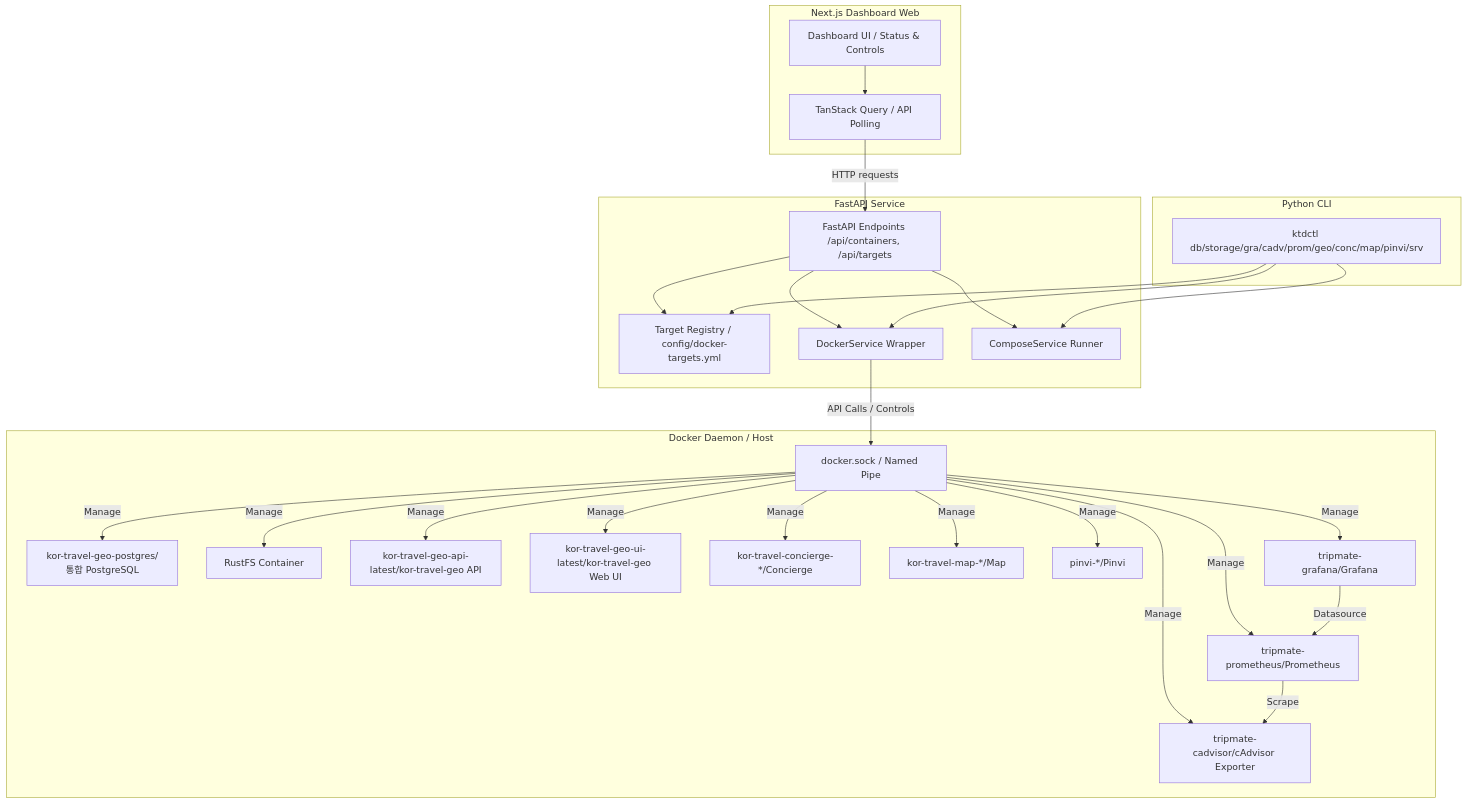
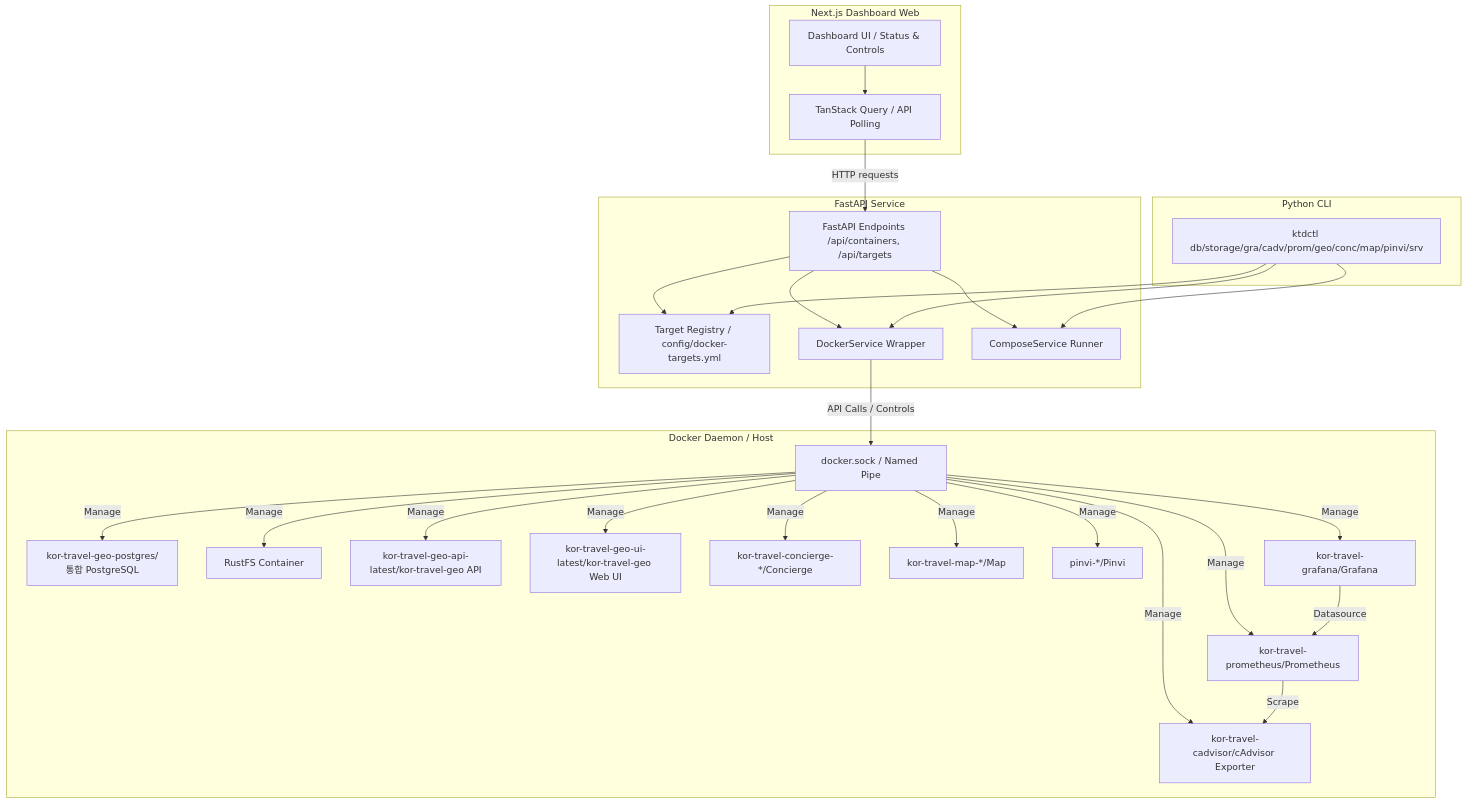
Before and after one commit to digitie/kor-travel-docker-manager: the diagram in docs/architecture.md, drawn with Mermaid. The commit also changed other lines of this file and 23 other files, not shown here.

````diff
--- a/docs/architecture.md
+++ b/docs/architecture.md
@@ -11,55 +11,55 @@
 ```mermaid
 graph TD
     subgraph Frontend [Next.js Dashboard Web]
         UI[Dashboard UI / Status & Controls]
         TQ[TanStack Query / API Polling]
         UI --> TQ
     end
 
     subgraph Backend [FastAPI Service]
         API[FastAPI Endpoints /api/containers, /api/targets]
         REG[Target Registry / config/docker-targets.yml]
         DS[DockerService Wrapper]
         CS[ComposeService Runner]
         API --> REG
         API --> DS
         API --> CS
     end
 
     subgraph CLI [Python CLI]
         CLI_CMD[ktdctl db/storage/gra/cadv/prom/geo/conc/map/pinvi/srv]
         CLI_CMD --> REG
         CLI_CMD --> DS
         CLI_CMD --> CS
     end
 
     subgraph Infrastructure [Docker Daemon / Host]
         D_Sock[docker.sock / Named Pipe]
         C_PG[kor-travel-geo-postgres/통합 PostgreSQL]
         C_RFS[RustFS Container]
         C_GEO_API[kor-travel-geo-api-latest/kor-travel-geo API]
         C_GEO_UI[kor-travel-geo-ui-latest/kor-travel-geo Web UI]
         C_CONC[kor-travel-concierge-*/Concierge]
         C_MAP[kor-travel-map-*/Map]
         C_PINVI[pinvi-*/Pinvi]
-        C_PROM[tripmate-prometheus/Prometheus]
-        C_GRAF[tripmate-grafana/Grafana]
-        C_EXP[tripmate-cadvisor/cAdvisor Exporter]
+        C_PROM[kor-travel-prometheus/Prometheus]
+        C_GRAF[kor-travel-grafana/Grafana]
+        C_EXP[kor-travel-cadvisor/cAdvisor Exporter]
         
         DS -->|API Calls / Controls| D_Sock
         D_Sock -->|Manage| C_PG
         D_Sock -->|Manage| C_RFS
         D_Sock -->|Manage| C_GEO_API
         D_Sock -->|Manage| C_GEO_UI
         D_Sock -->|Manage| C_CONC
         D_Sock -->|Manage| C_MAP
         D_Sock -->|Manage| C_PINVI
         D_Sock -->|Manage| C_PROM
         D_Sock -->|Manage| C_GRAF
         D_Sock -->|Manage| C_EXP
         C_PROM -->|Scrape| C_EXP
         C_GRAF -->|Datasource| C_PROM
     end
     
     TQ -->|HTTP requests| API
 ```
````
